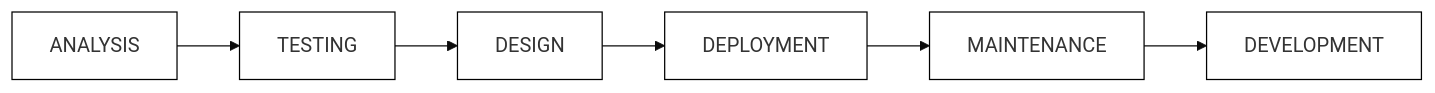
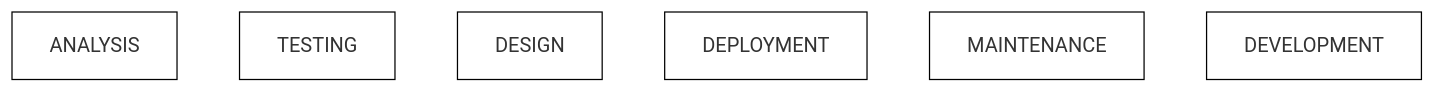
One commit to skills-dev/merge-of-legends changed the diagram in .github/steps/3-2-ducky-talk.md. Above: the diagram before and after it, drawn with Mermaid.

Commit message:
Make mermaid diagram arrows white via lineColor theme variable

````diff
--- a/.github/steps/3-2-ducky-talk.md
+++ b/.github/steps/3-2-ducky-talk.md
@@ -9,5 +9,5 @@
 ```mermaid
-%%{init: {'theme': 'base', 'themeVariables': {'mainBkg': '#ffffff', 'nodeTextColor': '#000000', 'nodeBorder': '#000000'}}}%%
+%%{init: {'theme': 'base', 'themeVariables': {'mainBkg': '#ffffff', 'nodeTextColor': '#000000', 'nodeBorder': '#000000', 'lineColor': '#ffffff'}}}%%
 graph LR
     A[ANALYSIS] --> B[TESTING] --> C[DESIGN] --> D[DEPLOYMENT] --> E[MAINTENANCE] --> F[DEVELOPMENT]
 ```
````
